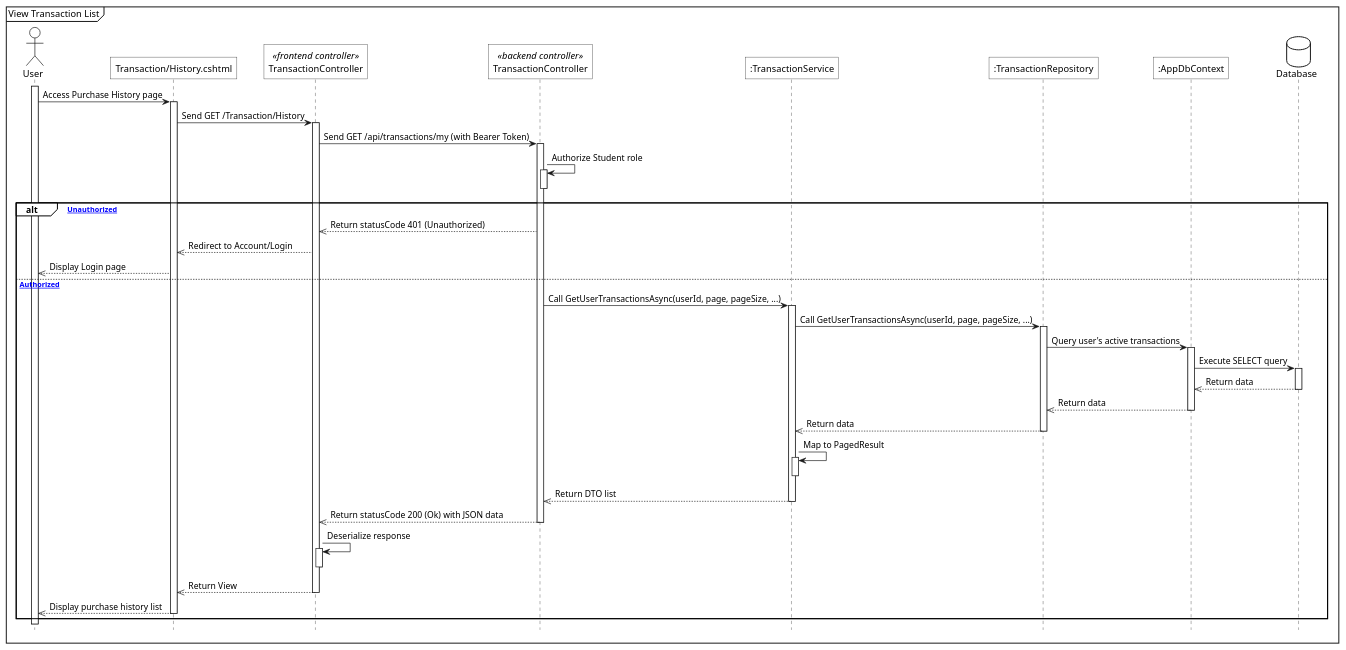
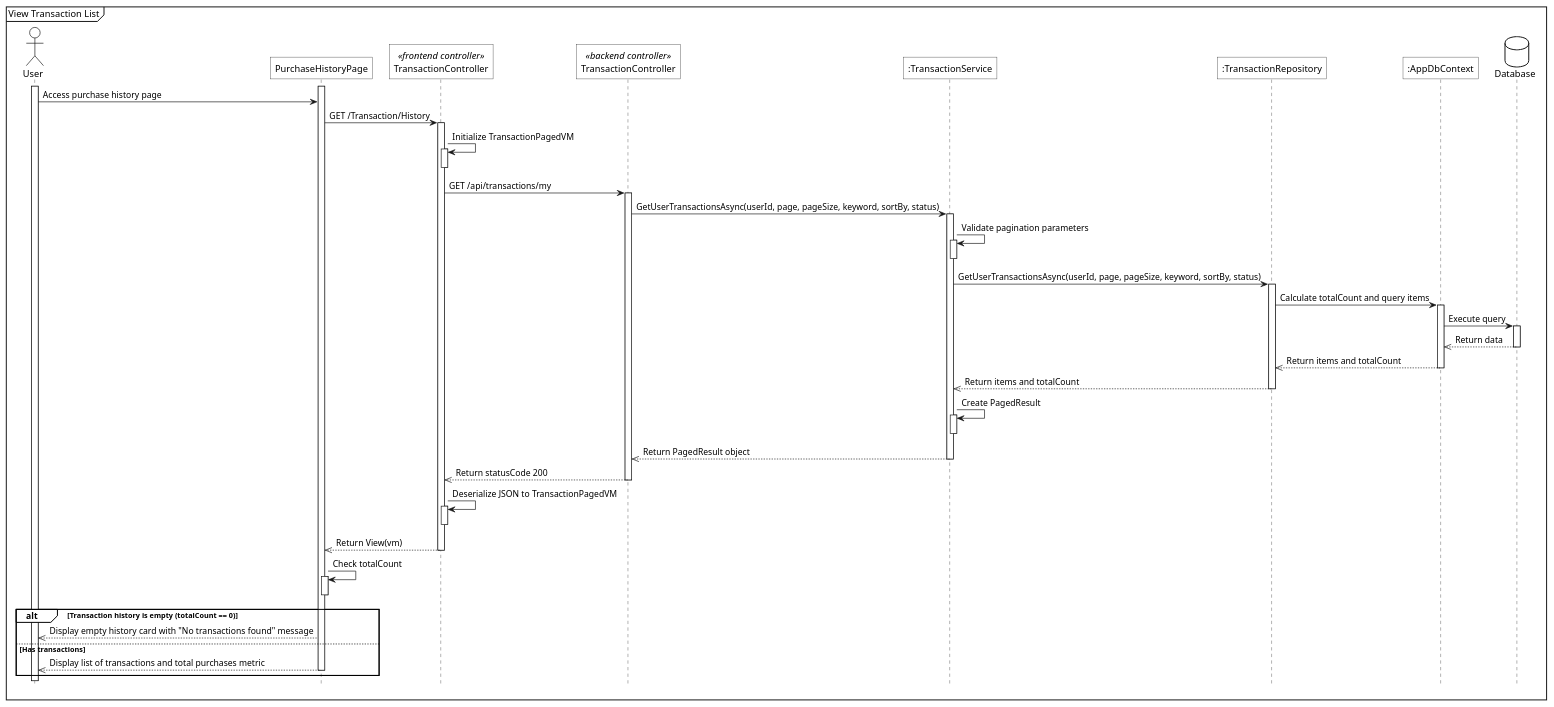
The diagram in diagrams/sequence/transaction/sq_view_transaction_list.plantuml (1000do/Linked), drawn with PlantUML before and after one commit. The commit also changed 65 other files, not shown here.

Commit message:
feat: implement checkout service, gift controller, and complete architecture documentation for finance and transaction modules

```diff
--- a/diagrams/sequence/transaction/sq_view_transaction_list.plantuml
+++ b/diagrams/sequence/transaction/sq_view_transaction_list.plantuml
@@ -1,72 +1,83 @@
 @startuml 
 <style>
     sequenceDiagram{
         actor{
             BackgroundColor white
             LineThickness 1.0
         }
         participant{
             BackgroundColor white
             RoundCorner 0
         }
         database{
-            BackgroundColor white
+            BackgroundColor white   
         }
         groupHeader{
             BackgroundColor white
         }
         referenceHeader{
             BackgroundColor white
         }
         reference{
             BackgroundColor white
         }
     }
 </style>
 
 hide footbox
+mainframe View Transaction List
 
-mainframe View Transaction List
 actor User as act
-
-participant "Transaction/History.cshtml" as view
+participant "PurchaseHistoryPage" as view
 participant "TransactionController" as fe_ctrl <<frontend controller>>
 participant "TransactionController" as be_ctrl <<backend controller>>
 participant ":TransactionService" as sv
 participant ":TransactionRepository" as repo
 participant ":AppDbContext" as ctx
 database Database as db
 
-act++
-act->view++: Access Purchase History page
-view->fe_ctrl++: Send GET /Transaction/History
+act ++
+view ++
 
-fe_ctrl->be_ctrl++: Send GET /api/transactions/my (with Bearer Token)
+act -> view: Access purchase history page
+view -> fe_ctrl++: GET /Transaction/History
 
-be_ctrl->be_ctrl++: Authorize Student role
-be_ctrl--
+fe_ctrl -> fe_ctrl++: Initialize TransactionPagedVM
+fe_ctrl--
 
-alt [Unauthorized]
-    be_ctrl-->>fe_ctrl: Return statusCode 401 (Unauthorized)
-    fe_ctrl-->>view: Redirect to Account/Login
-    view-->>act: Display Login page
-else [Authorized]
-    be_ctrl->sv++: Call GetUserTransactionsAsync(userId, page, pageSize, ...)
-    sv->repo++: Call GetUserTransactionsAsync(userId, page, pageSize, ...)
-    repo->ctx++: Query user's active transactions
-    ctx->db++: Execute SELECT query
-    db-->>ctx--: Return data
-    ctx-->>repo--: Return data
-    repo-->>sv--: Return data
-    
-    sv->sv++: Map to PagedResult
-    sv--
-    sv-->>be_ctrl--: Return DTO list
-    be_ctrl-->>fe_ctrl--: Return statusCode 200 (Ok) with JSON data
-    
-    fe_ctrl->fe_ctrl++: Deserialize response
-    fe_ctrl--
-    fe_ctrl-->>view--: Return View
-    view-->>act--: Display purchase history list
+fe_ctrl -> be_ctrl++: GET /api/transactions/my
+be_ctrl -> sv++: GetUserTransactionsAsync(userId, page, pageSize, keyword, sortBy, status)
+
+sv -> sv++: Validate pagination parameters
+sv--
+
+sv -> repo++: GetUserTransactionsAsync(userId, page, pageSize, keyword, sortBy, status)
+
+repo -> ctx++: Calculate totalCount and query items
+ctx -> db++: Execute query
+db -->> ctx--: Return data
+ctx -->> repo--: Return items and totalCount
+
+repo -->> sv--: Return items and totalCount
+
+sv -> sv++: Create PagedResult
+sv--
+
+sv -->> be_ctrl--: Return PagedResult object
+be_ctrl -->> fe_ctrl--: Return statusCode 200
+
+fe_ctrl -> fe_ctrl++: Deserialize JSON to TransactionPagedVM
+fe_ctrl--
+
+fe_ctrl -->> view--: Return View(vm)
+
+view -> view++: Check totalCount
+view--
+alt Transaction history is empty (totalCount == 0)
+    view -->> act: Display empty history card with "No transactions found" message
+
+else Has transactions
+    view -->> act--: Display list of transactions and total purchases metric
 end
+
 @enduml
```
